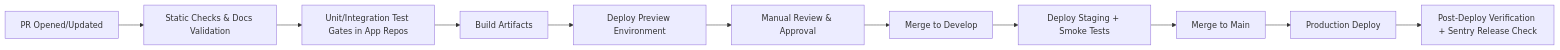
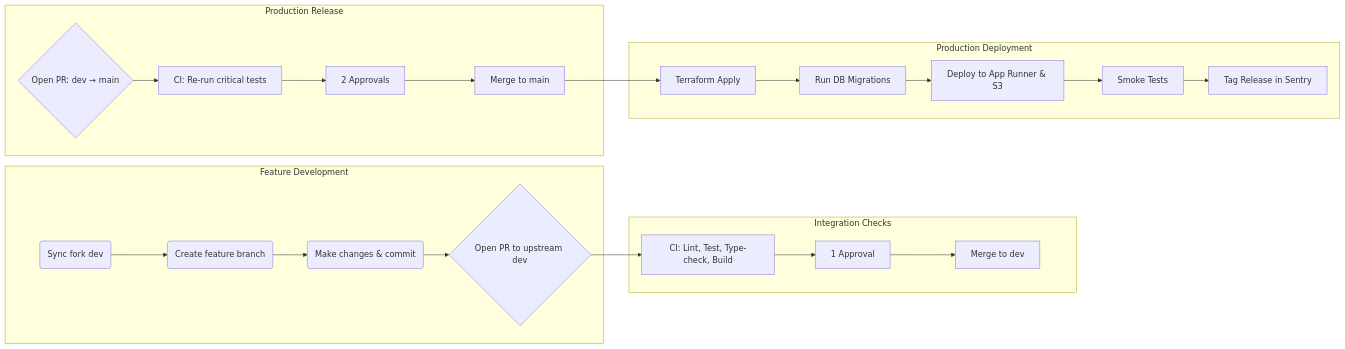
The diagram in docs/03-architecture/ops/ci-cd-pipeline.md (alonsovndev/open-projects-hub-docs), drawn with Mermaid before and after one commit. The commit also changed other lines of this file and 8 other files, not shown here.

````diff
--- a/docs/03-architecture/ops/ci-cd-pipeline.md
+++ b/docs/03-architecture/ops/ci-cd-pipeline.md
@@ -26,13 +169,28 @@
 ```mermaid
 flowchart LR
-    A[PR Opened/Updated] --> B[Static Checks & Docs Validation]
-    B --> C[Unit/Integration Test Gates in App Repos]
-    C --> D[Build Artifacts]
-    D --> E[Deploy Preview Environment]
-    E --> F[Manual Review & Approval]
-    F --> G[Merge to Develop]
-    G --> H[Deploy Staging + Smoke Tests]
-    H --> I[Merge to Main]
-    I --> J[Production Deploy]
-    J --> K[Post-Deploy Verification + Sentry Release Check]
+    subgraph "Feature Development"
+        A(Sync fork dev) --> B(Create feature branch);
+        B --> C(Make changes & commit);
+        C --> D{Open PR to upstream dev};
+    end
+
+    subgraph "Integration Checks"
+        D --> E[CI: Lint, Test, Type-check, Build];
+        E --> F[1 Approval];
+        F --> G[Merge to dev];
+    end
+
+    subgraph "Production Release"
+        H{Open PR: dev → main} --> I[CI: Re-run critical tests];
+        I --> J[2 Approvals];
+        J --> K[Merge to main];
+    end
+
+    subgraph "Production Deployment"
+        K --> L[Terraform Apply];
+        L --> M[Run DB Migrations];
+        M --> N[Deploy to App Runner & S3];
+        N --> O[Smoke Tests];
+        O --> P[Tag Release in Sentry];
+    end
 ```
````
